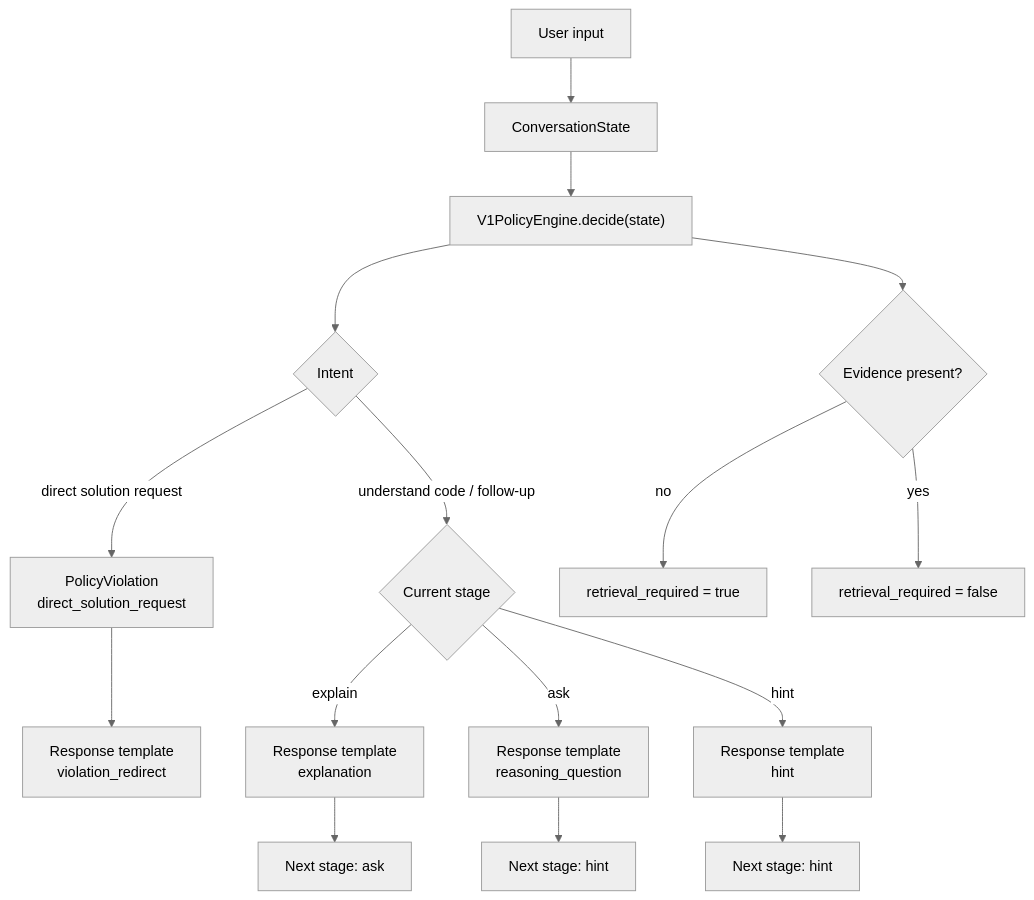
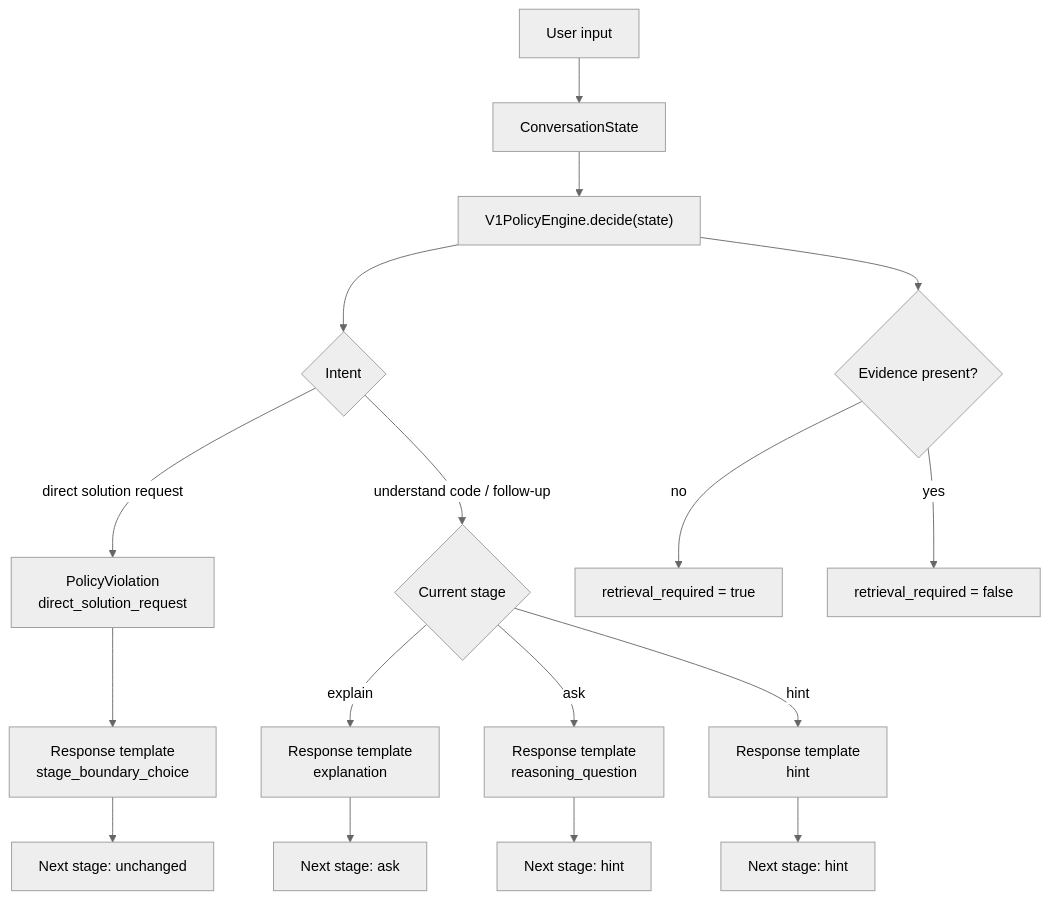
One commit to mamqek/guidedInteligence changed the fourth of 4 diagrams in PROJECT_VISUALIZATION.md. Above: the diagram before and after it, drawn with Mermaid (neutral theme). The commit also changed other lines of this file and 70 other files, not shown here.

````diff
--- a/PROJECT_VISUALIZATION.md
+++ b/PROJECT_VISUALIZATION.md
@@ -100,22 +102,23 @@
 ```mermaid
 flowchart TD
     input["User input"] --> state["ConversationState"]
     state --> policy["V1PolicyEngine.decide(state)"]
 
     policy --> intent{"Intent"}
     intent -->|"direct solution request"| violation["PolicyViolation<br/>direct_solution_request"]
-    violation --> redirect["Response template<br/>violation_redirect"]
+    violation --> boundary["Response template<br/>stage_boundary_choice"]
+    boundary --> stayStage["Next stage: unchanged"]
 
     intent -->|"understand code / follow-up"| stage{"Current stage"}
     stage -->|"explain"| explain["Response template<br/>explanation"]
     stage -->|"ask"| ask["Response template<br/>reasoning_question"]
     stage -->|"hint"| hint["Response template<br/>hint"]
 
     explain --> nextAsk["Next stage: ask"]
     ask --> nextHint["Next stage: hint"]
     hint --> stayHint["Next stage: hint"]
 
     policy --> retrieval{"Evidence present?"}
     retrieval -->|"no"| retrievalRequired["retrieval_required = true"]
     retrieval -->|"yes"| retrievalNotRequired["retrieval_required = false"]
 ```
````
